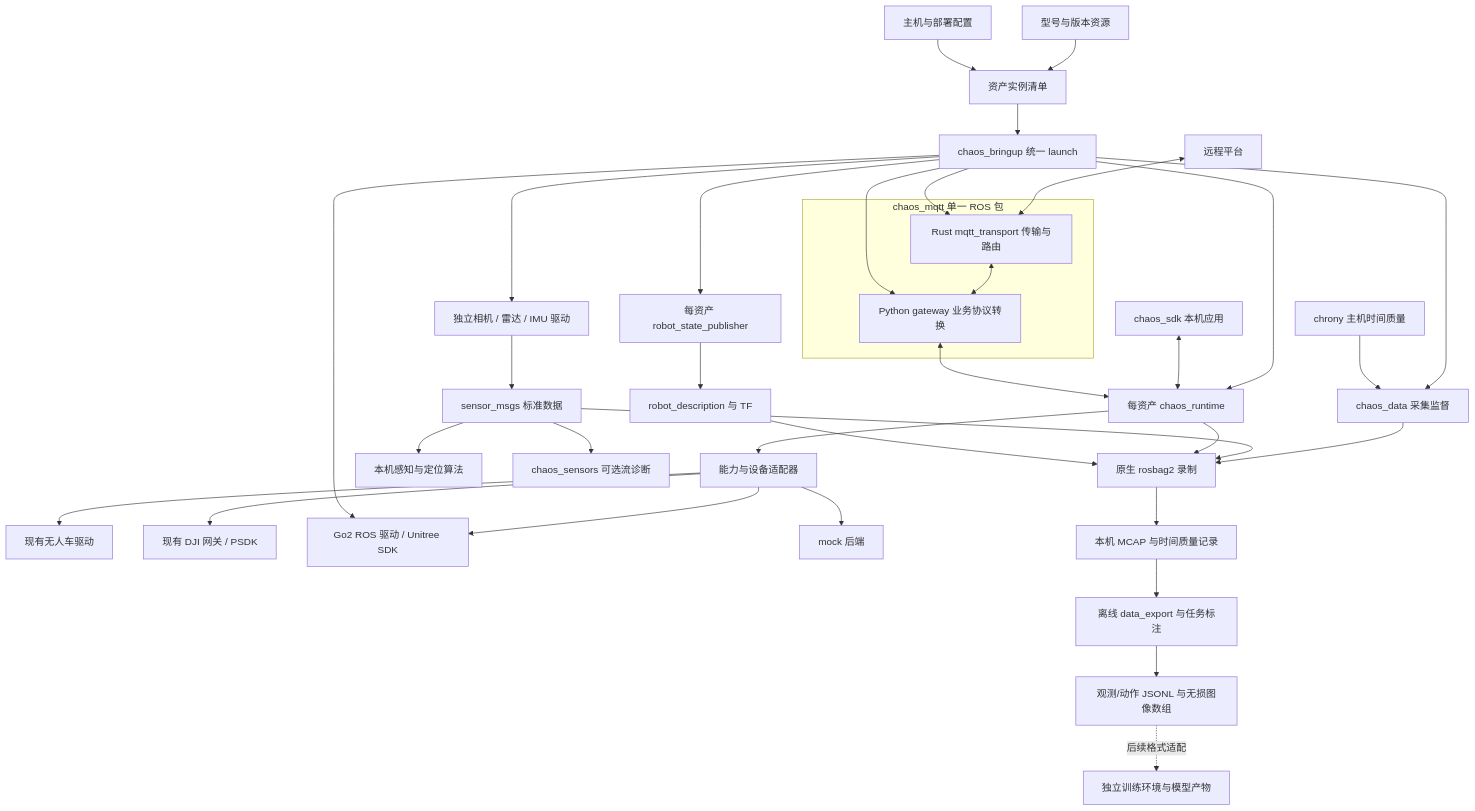
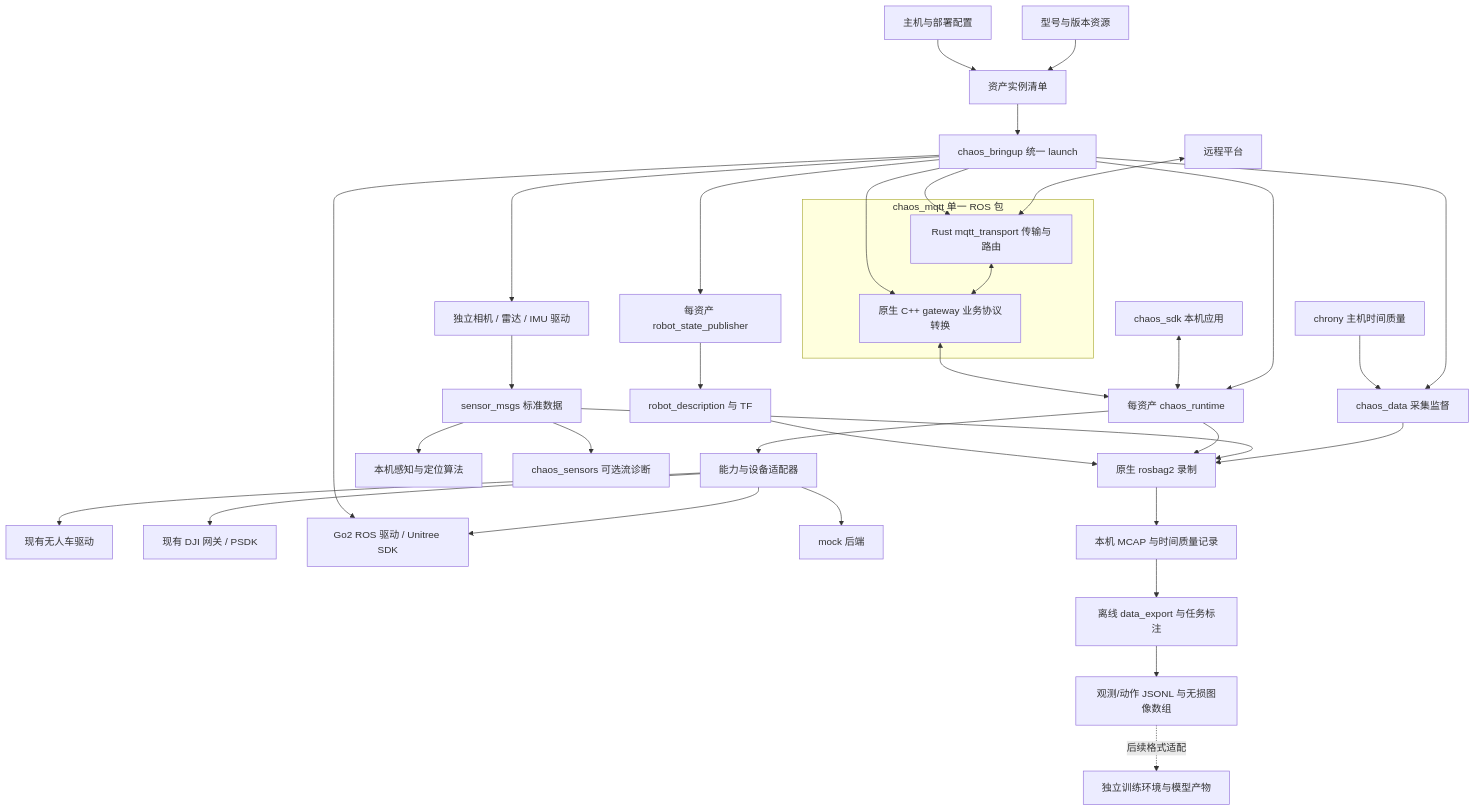
One commit to ChaosOrderAI/chaos_ros_adaptation changed the diagram in docs/architecture.md. Above: the diagram before and after it, drawn with Mermaid. The commit also changed other lines of this file and 757 other files, not shown here.

````diff
--- a/docs/architecture.md
+++ b/docs/architecture.md
@@ -13,39 +13,39 @@
 ```mermaid
 flowchart TB
     M[型号与版本资源] --> A[资产实例清单]
     H[主机与部署配置] --> A
     A --> L[chaos_bringup 统一 launch]
     L --> R[每资产 chaos_runtime]
     S[chaos_sdk 本机应用] <--> R
     subgraph MQTT[chaos_mqtt 单一 ROS 包]
         T[Rust mqtt_transport 传输与路由]
-        G[Python gateway 业务协议转换]
+        G[原生 C++ gateway 业务协议转换]
         T <--> G
     end
     P[远程平台] <--> T
     L --> T
     L --> G
     G <--> R
     R --> B[能力与设备适配器]
     B --> V[现有无人车驱动]
     B --> D[现有 DJI 网关 / PSDK]
     B --> G2[Go2 ROS 驱动 / Unitree SDK]
     L --> G2
     B --> K[mock 后端]
     L --> C[独立相机 / 雷达 / IMU 驱动]
     C --> I[sensor_msgs 标准数据]
     I --> Q[本机感知与定位算法]
     I --> O[chaos_sensors 可选流诊断]
     L --> U[每资产 robot_state_publisher]
     U --> F[robot_description 与 TF]
     L --> E[chaos_data 采集监督]
     N[chrony 主机时间质量] --> E
     E --> W[原生 rosbag2 录制]
     I --> W
     R --> W
     F --> W
     W --> Z[本机 MCAP 与时间质量记录]
     Z --> E1[离线 data_export 与任务标注]
     E1 --> E2[观测/动作 JSONL 与无损图像数组]
     E2 -.后续格式适配.-> E3[独立训练环境与模型产物]
 ```
````
